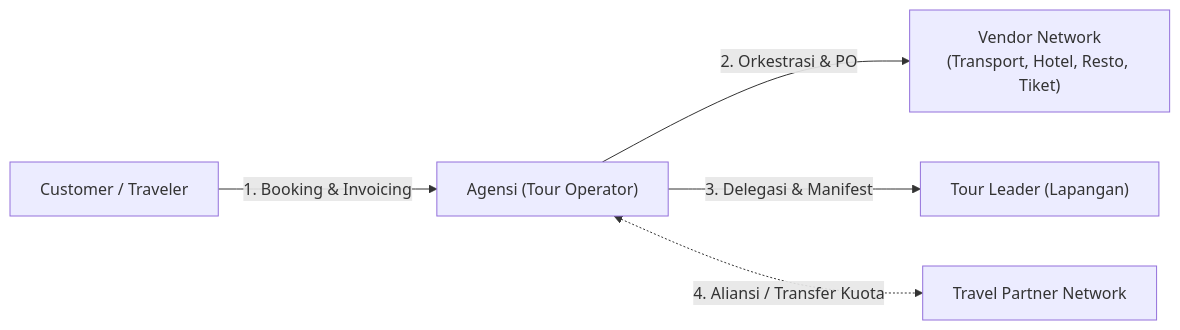
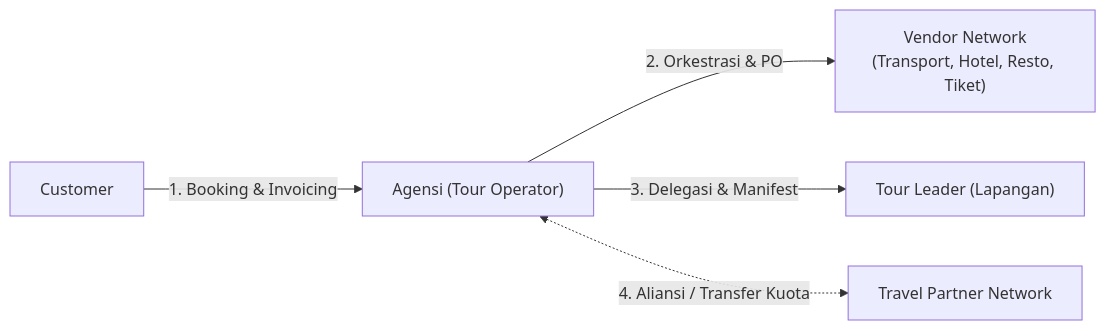
One commit to mfauzanfikri/tms-docs changed the first of 3 diagrams in product/01_BUSINESS_ANALYSIS.md. Above: the diagram before and after it, drawn with Mermaid. The commit also changed other lines of this file and 2 other files, not shown here.

````diff
--- a/product/01_BUSINESS_ANALYSIS.md
+++ b/product/01_BUSINESS_ANALYSIS.md
@@ -26,8 +26,8 @@
 ```mermaid
 flowchart LR
-    C["Customer / Traveler"]
+    C["Customer"]
     -->|1. Booking & Invoicing| TMS["Agensi (Tour Operator)"]
     TMS -->|2. Orkestrasi & PO| V["Vendor Network<br>(Transport, Hotel, Resto, Tiket)"]
     TMS -->|3. Delegasi & Manifest| TL["Tour Leader (Lapangan)"]
     TMS <-.->|4. Aliansi / Transfer Kuota| TP["Travel Partner Network"]
 ```
````
